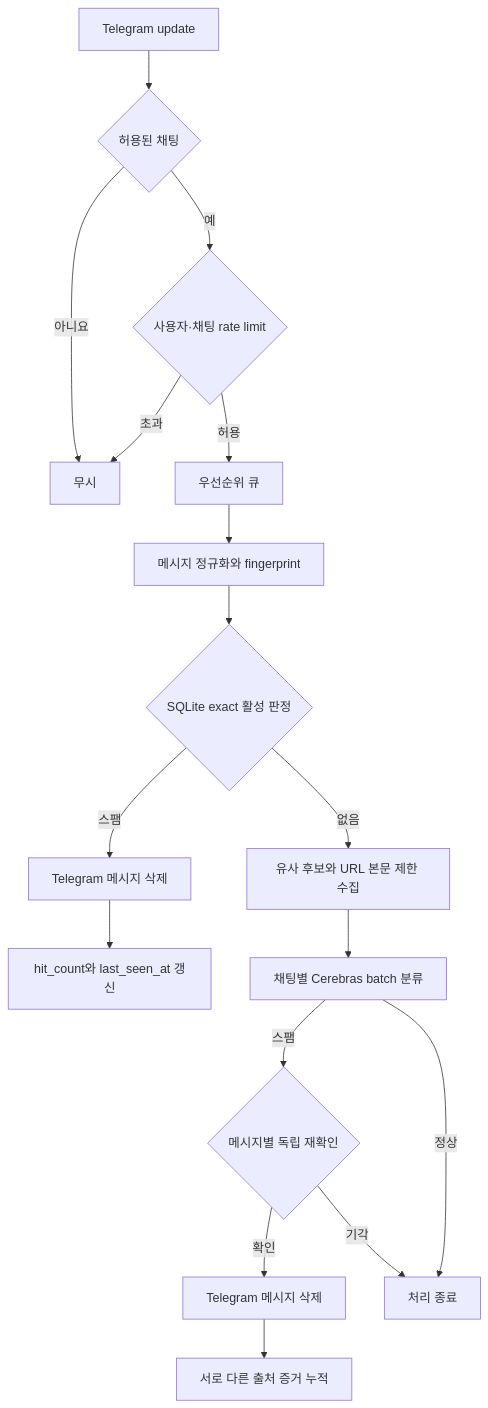
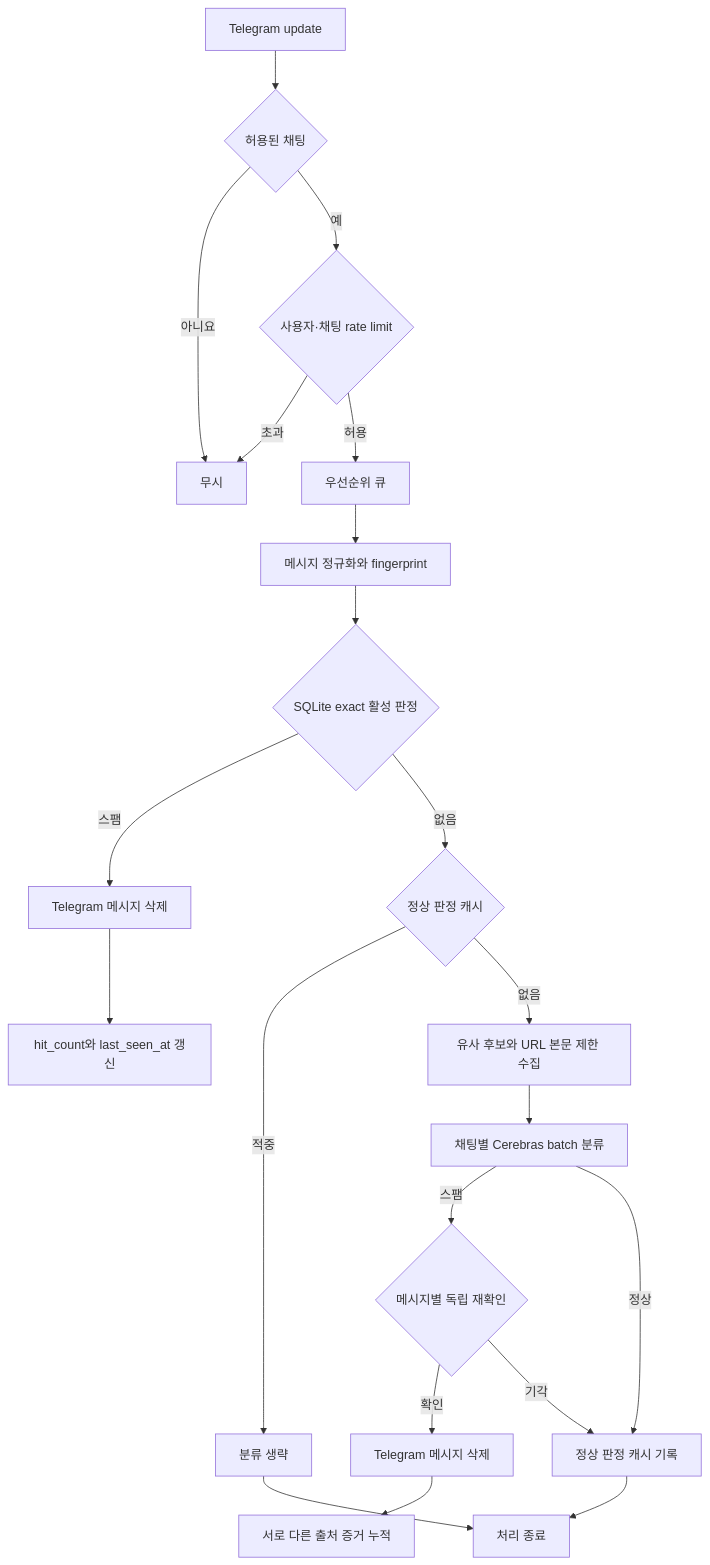
The first of 5 diagrams in docs/ARCHITECTURE.md (yldst-dev/fuckyou-spam-rs), drawn with Mermaid before and after one commit. The commit also changed other lines of this file and 37 other files, not shown here.

````diff
--- a/docs/ARCHITECTURE.md
+++ b/docs/ARCHITECTURE.md
@@ -12,19 +13,23 @@
 ```mermaid
 flowchart TD
     A["Telegram update"] --> B{"허용된 채팅"}
     B -->|"아니요"| C["무시"]
     B -->|"예"| R{"사용자·채팅 rate limit"}
     R -->|"초과"| C
     R -->|"허용"| E["우선순위 큐"]
     E --> D["메시지 정규화와 fingerprint"]
     D --> F{"SQLite exact 활성 판정"}
     F -->|"스팸"| G["Telegram 메시지 삭제"]
     G --> H["hit_count와 last_seen_at 갱신"]
-    F -->|"없음"| I["유사 후보와 URL 본문 제한 수집"]
+    F -->|"없음"| P{"정상 판정 캐시"}
+    P -->|"적중"| Q["분류 생략"]
+    P -->|"없음"| I["유사 후보와 URL 본문 제한 수집"]
     I --> J["채팅별 Cerebras batch 분류"]
     J -->|"스팸"| N{"메시지별 독립 재확인"}
     N -->|"확인"| K["Telegram 메시지 삭제"]
-    N -->|"기각"| M["처리 종료"]
+    N -->|"기각"| O["정상 판정 캐시 기록"]
     K --> L["서로 다른 출처 증거 누적"]
-    J -->|"정상"| M["처리 종료"]
+    J -->|"정상"| O
+    O --> M["처리 종료"]
+    Q --> M
 ```
````
